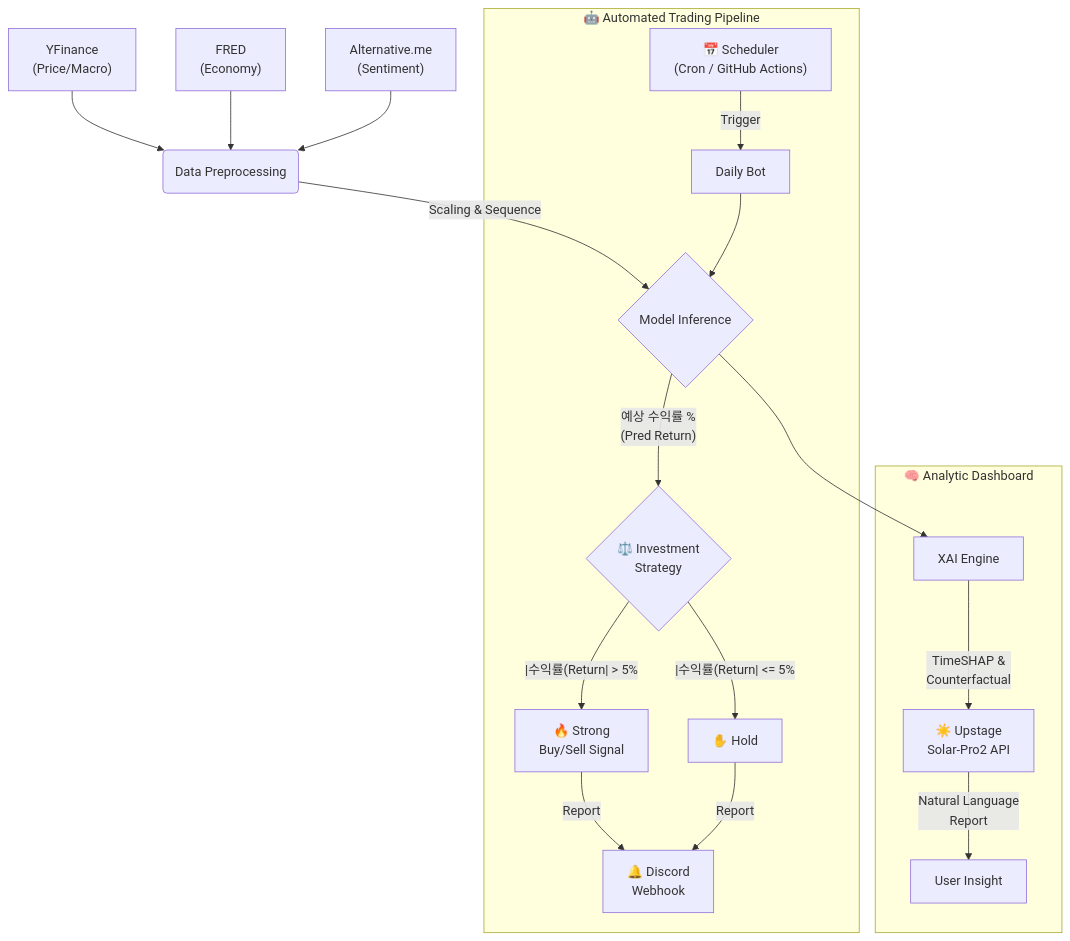
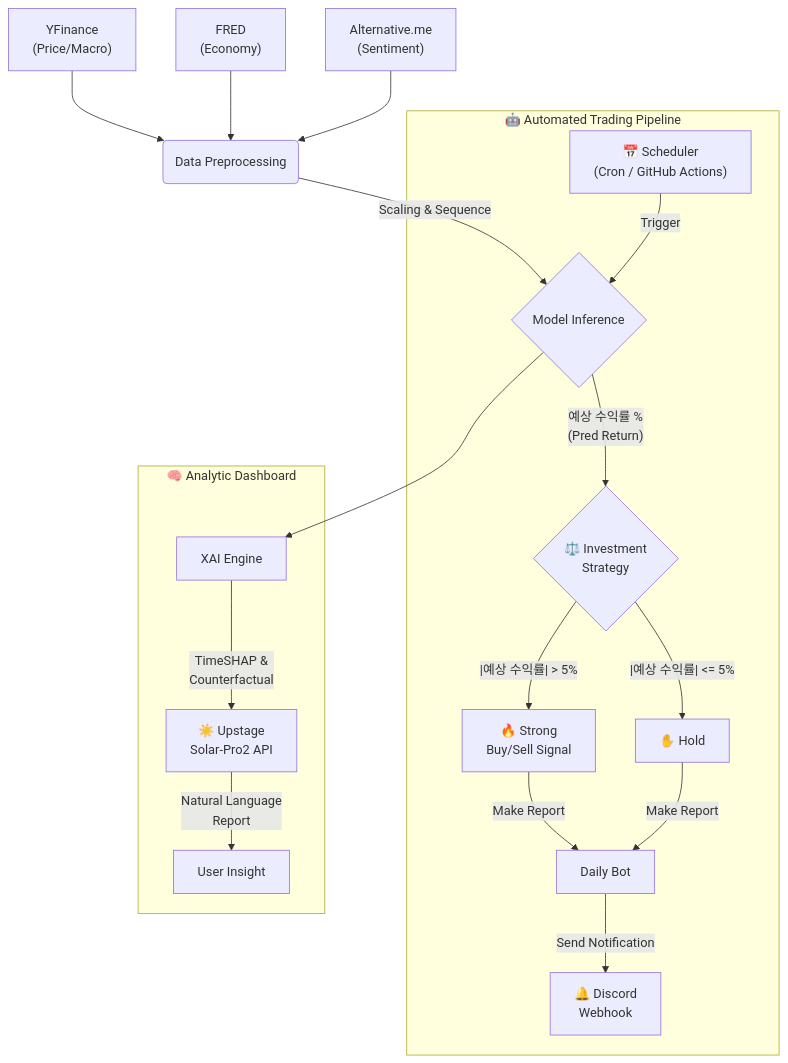
Before and after one commit to Hipposdata/BTC_FCST: the diagram in README.md, drawn with Mermaid.

````diff
--- a/README.md
+++ b/README.md
@@ -91,26 +91,27 @@
 ```mermaid
 graph TD
     %% Data Flow (Split for stability)
     A1["YFinance<br/>(Price/Macro)"] --> B(Data Preprocessing)
     A2["FRED<br/>(Economy)"] --> B
     A3["Alternative.me<br/>(Sentiment)"] --> B
     
     B -->|"Scaling & Sequence"| C{Model Inference}
     
     %% Automated Path
     subgraph "🤖 Automated Trading Pipeline"
-    S["📅 Scheduler<br/>(Cron / GitHub Actions)"] -->|Trigger| D[Daily Bot]
-    D --> C
+    S["📅 Scheduler<br/>(Cron / GitHub Actions)"] -->|Trigger| C
     C -->|"예상 수익률 %<br/>(Pred Return)"| STR{"⚖️ Investment<br/>Strategy"}
-    STR --"|수익률(Return| > 5%"--> BUY["🔥 Strong<br/>Buy/Sell Signal"]
-    STR --"|수익률(Return| <= 5%"--> HOLD["✋ Hold<br/>"]
-    BUY & HOLD -->|Report| WEB["🔔 Discord<br/>Webhook"]
+    STR --"|예상 수익률| > 5%"--> BUY["🔥 Strong<br/>Buy/Sell Signal"]
+    STR --"|예상 수익률| <= 5%"--> HOLD["✋ Hold<br/>"]
+    
+    BUY & HOLD -->|Make Report| D[Daily Bot]
+    D -->|Send Notification| WEB["🔔 Discord<br/>Webhook"]
     end
     
     %% Dashboard Path
     subgraph "🧠 Analytic Dashboard"
     C --> G[XAI Engine]
     G -->|"TimeSHAP &<br/>Counterfactual"| H["☀️ Upstage<br/>Solar-Pro2 API"]
     H -->|"Natural Language<br/>Report"| I[User Insight]
     end
 ```
````
